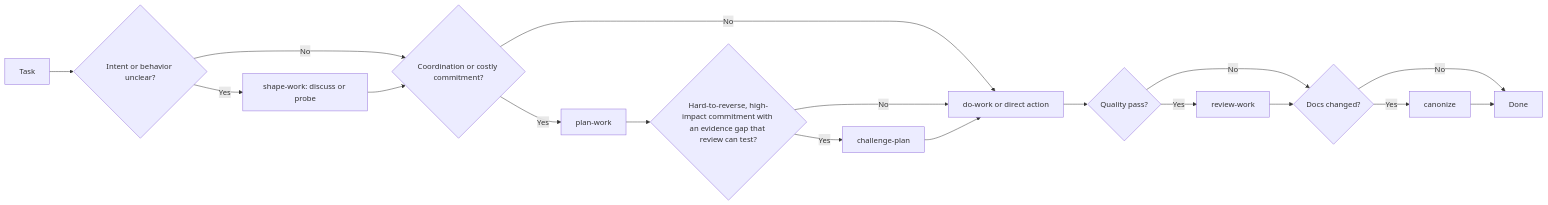
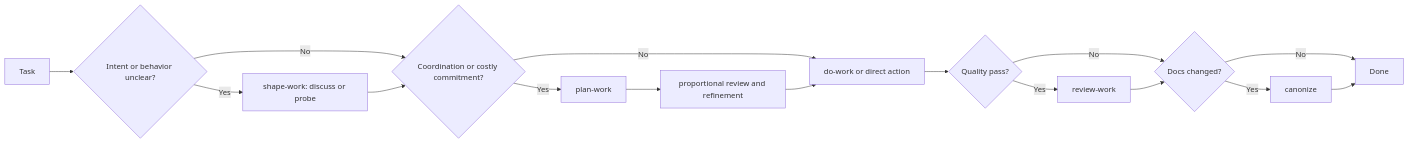
The diagram in README.md (morochena/skills), drawn with Mermaid before and after one commit. The commit also changed other lines of this file and 6 other files, not shown here.

Commit message:
Refine planning review flow and canon search hygiene

````diff
--- a/README.md
+++ b/README.md
@@ -131,20 +127,18 @@
 ```mermaid
 flowchart LR
   A["Task"] --> U{"Intent or behavior unclear?"}
   U -->|"Yes"| SH["shape-work: discuss or probe"]
   U -->|"No"| C{"Coordination or costly commitment?"}
   SH --> C
   C -->|"Yes"| P["plan-work"]
   C -->|"No"| DW["do-work or direct action"]
-  P --> CP{"Hard-to-reverse, high-impact commitment with an evidence gap that review can test?"}
-  CP -->|"Yes"| CH["challenge-plan"]
-  CP -->|"No"| DW
-  CH --> DW
+  P --> PR["proportional review and refinement"]
+  PR --> DW
   DW --> R{"Quality pass?"}
   R -->|"Yes"| RW["review-work"]
   R -->|"No"| DC{"Docs changed?"}
   RW --> DC
   DC -->|"Yes"| CZ["canonize"]
   DC -->|"No"| Done["Done"]
   CZ --> Done
 ```
````
